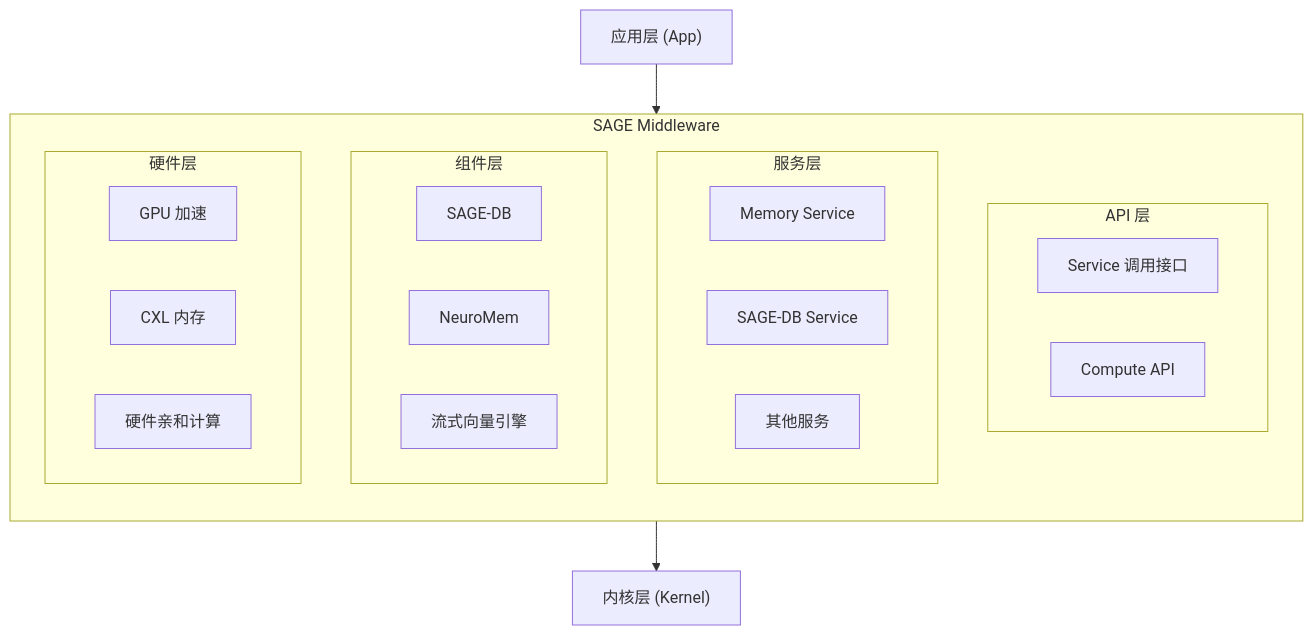
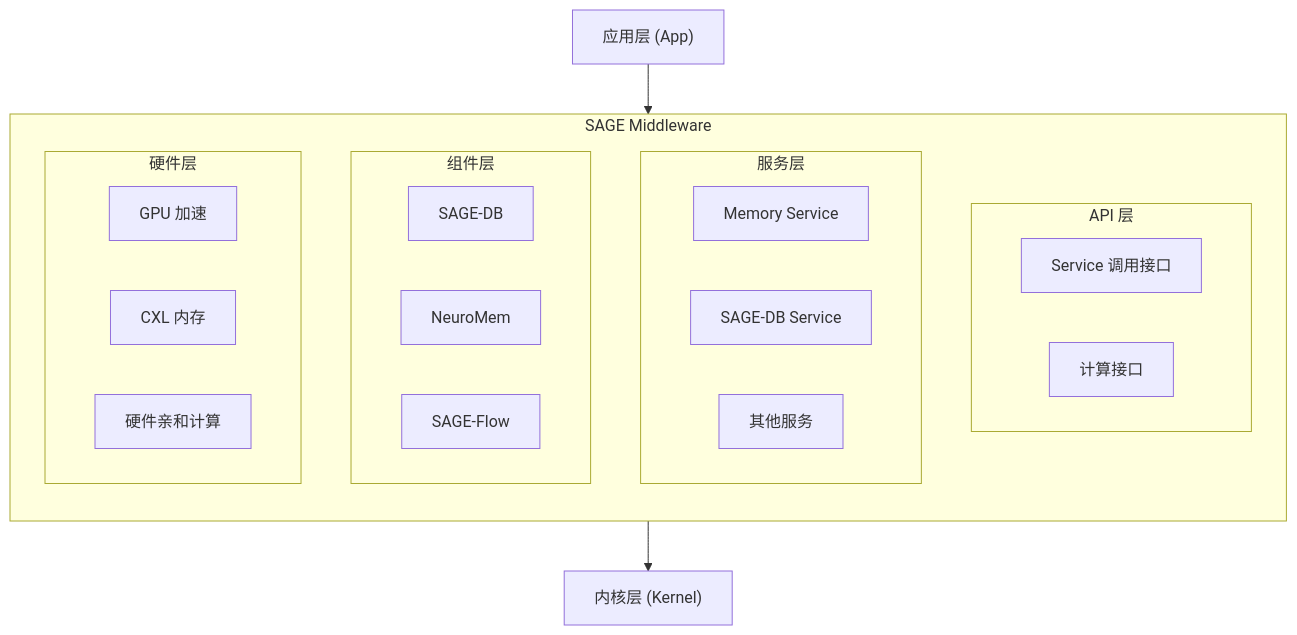
One commit to peilin9990/SAGE-Pub changed the diagram in docs_src/middleware/overview.md. Above: the diagram before and after it, drawn with Mermaid. The commit also changed 6 other files, not shown here.

````diff
--- a/docs_src/middleware/overview.md
+++ b/docs_src/middleware/overview.md
@@ -7,28 +7,28 @@
 ```mermaid
 flowchart TB
   App["应用层 (App)"]
   subgraph MW["SAGE Middleware"]
     direction TB
     subgraph API[API 层]
       SvcAPI[Service 调用接口]
-      ComputeAPI[Compute API]
+      ComputeAPI[计算接口]
     end
     subgraph Services[服务层]
       Memory[Memory Service]
       SageDBSvc["SAGE-DB Service"]
       Other[其他服务]
     end
     subgraph Components[组件层]
       SageDB["SAGE-DB"]
       NeuroMem[NeuroMem]
-      Vector[流式向量引擎]
+      Vector["SAGE-Flow"]
     end
     subgraph HW[硬件层]
       GPU[GPU 加速]
       CXL[CXL 内存]
       Affinity[硬件亲和计算]
     end
   end
   Kernel["内核层 (Kernel)"]
   App --> MW --> Kernel
 ```
````
